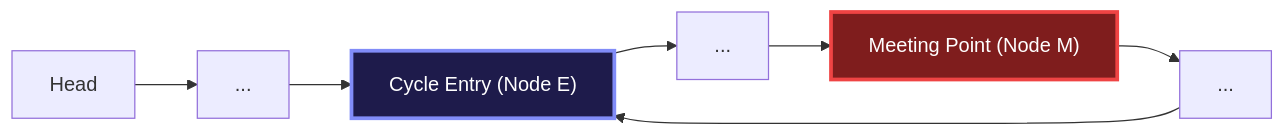
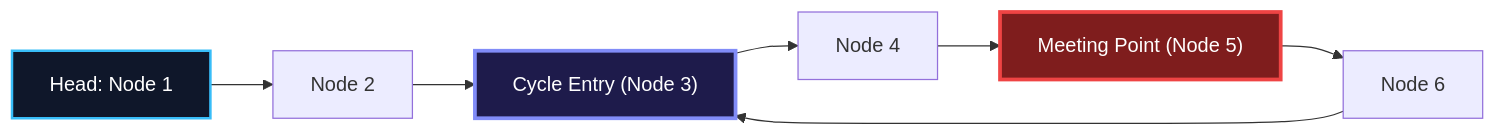
One commit to 1345AbhishekKumar/cs-cookbook changed the sixth of 11 diagrams in content/docs/dsa/01-foundations-and-linear-structures/04-linked-lists.mdx. Above: the diagram before and after it, drawn with Mermaid. The commit also changed other lines of this file and 211 other files, not shown here.

````diff
--- a/content/docs/dsa/01-foundations-and-linear-structures/04-linked-lists.mdx
+++ b/content/docs/dsa/01-foundations-and-linear-structures/04-linked-lists.mdx
@@ -73,12 +452,13 @@
 ```mermaid
 flowchart LR
-    Head["Head"] --> A["..."]
-    A --> Enter["Cycle Entry (Node E)"]
-    Enter --> B["..."]
-    B --> Meet["Meeting Point (Node M)"]
-    Meet --> C["..."]
+    Head["Head: Node 1"] --> A["Node 2"]
+    A --> Enter["Cycle Entry (Node 3)"]
+    Enter --> B["Node 4"]
+    B --> Meet["Meeting Point (Node 5)"]
+    Meet --> C["Node 6"]
     C --> Enter
 
+    style Head fill:#0f172a,stroke:#38bdf8,stroke-width:2px,color:#fff
     style Enter fill:#1e1b4b,stroke:#818cf8,stroke-width:3px,color:#fff
     style Meet fill:#7f1d1d,stroke:#ef4444,stroke-width:3px,color:#fff
 ```
````
